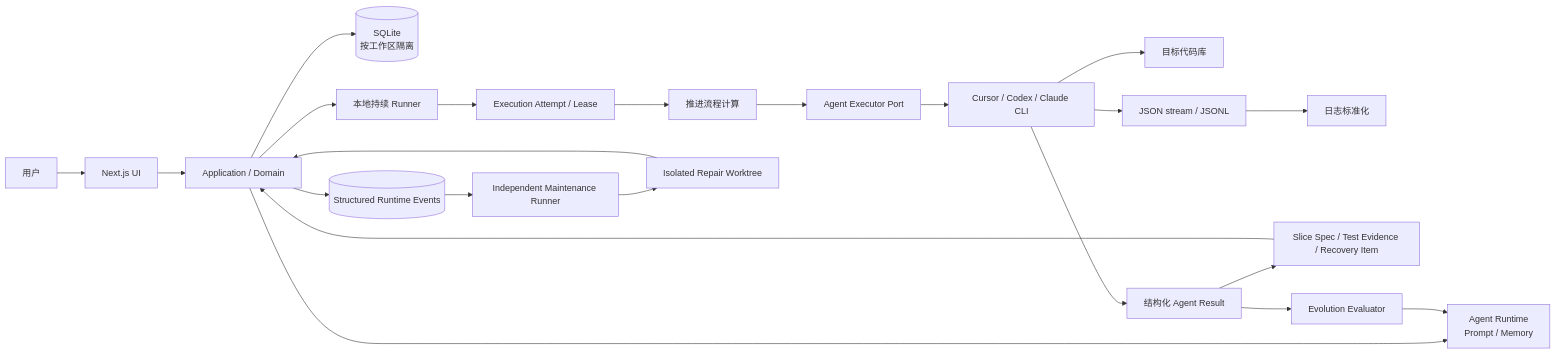
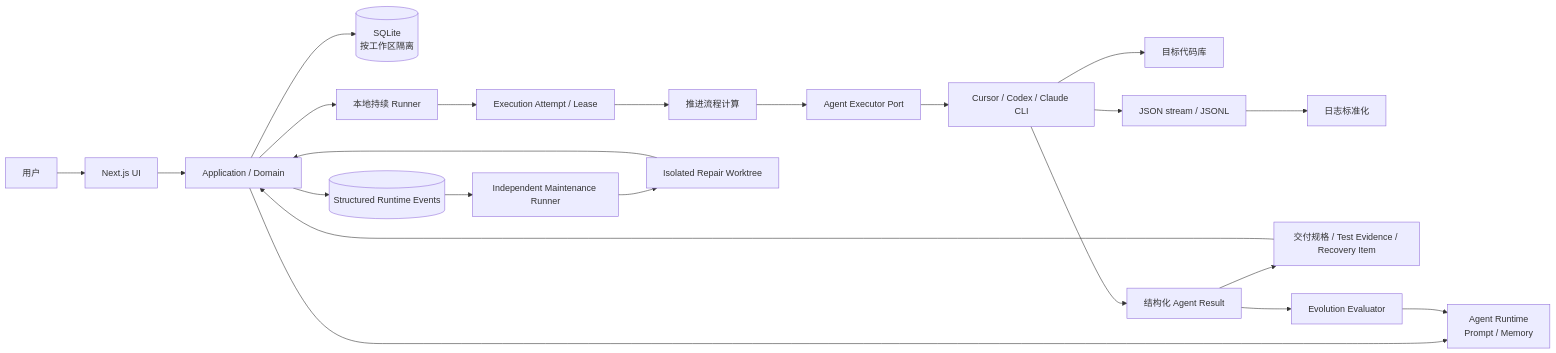
Before and after one commit to InspireChina/ai4se-loop-workflow: the diagram in docs/v1-technical-solution.md, drawn with Mermaid. The commit also changed other lines of this file and 55 other files, not shown here.

````diff
--- a/docs/v1-technical-solution.md
+++ b/docs/v1-technical-solution.md
@@ -26,24 +26,24 @@
 ```mermaid
 flowchart LR
   User["用户"] --> UI["Next.js UI"]
   UI --> App["Application / Domain"]
   App --> DB[("SQLite\n按工作区隔离")]
   App --> Profiles["Agent Runtime\nPrompt / Memory"]
   App --> Runner["本地持续 Runner"]
   Runner --> Attempt["Execution Attempt / Lease"]
   Attempt --> Flow["推进流程计算"]
   Flow --> Executor["Agent Executor Port"]
   Executor --> CLI["Cursor / Codex / Claude CLI"]
   CLI --> Repo["目标代码库"]
   CLI --> Stream["JSON stream / JSONL"]
   Stream --> Logs["日志标准化"]
   CLI --> Result["结构化 Agent Result"]
-  Result --> Evidence["Slice Spec / Test Evidence / Recovery Item"]
+  Result --> Evidence["交付规格 / Test Evidence / Recovery Item"]
   Evidence --> App
   Result --> Evolution["Evolution Evaluator"]
   Evolution --> Profiles
   App --> Events[("Structured Runtime Events")]
   Events --> Maintenance["Independent Maintenance Runner"]
   Maintenance --> Repair["Isolated Repair Worktree"]
   Repair --> App
 ```
````
